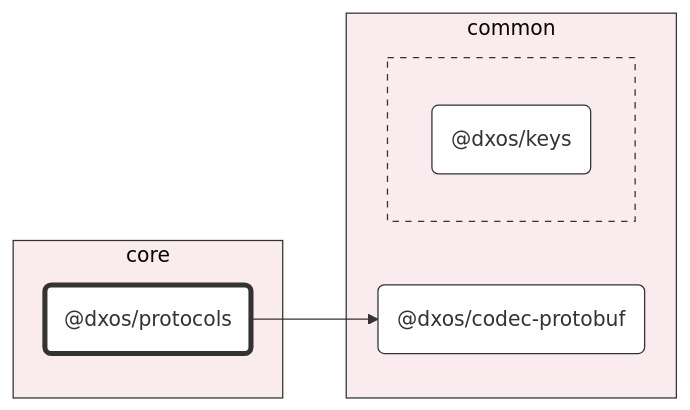
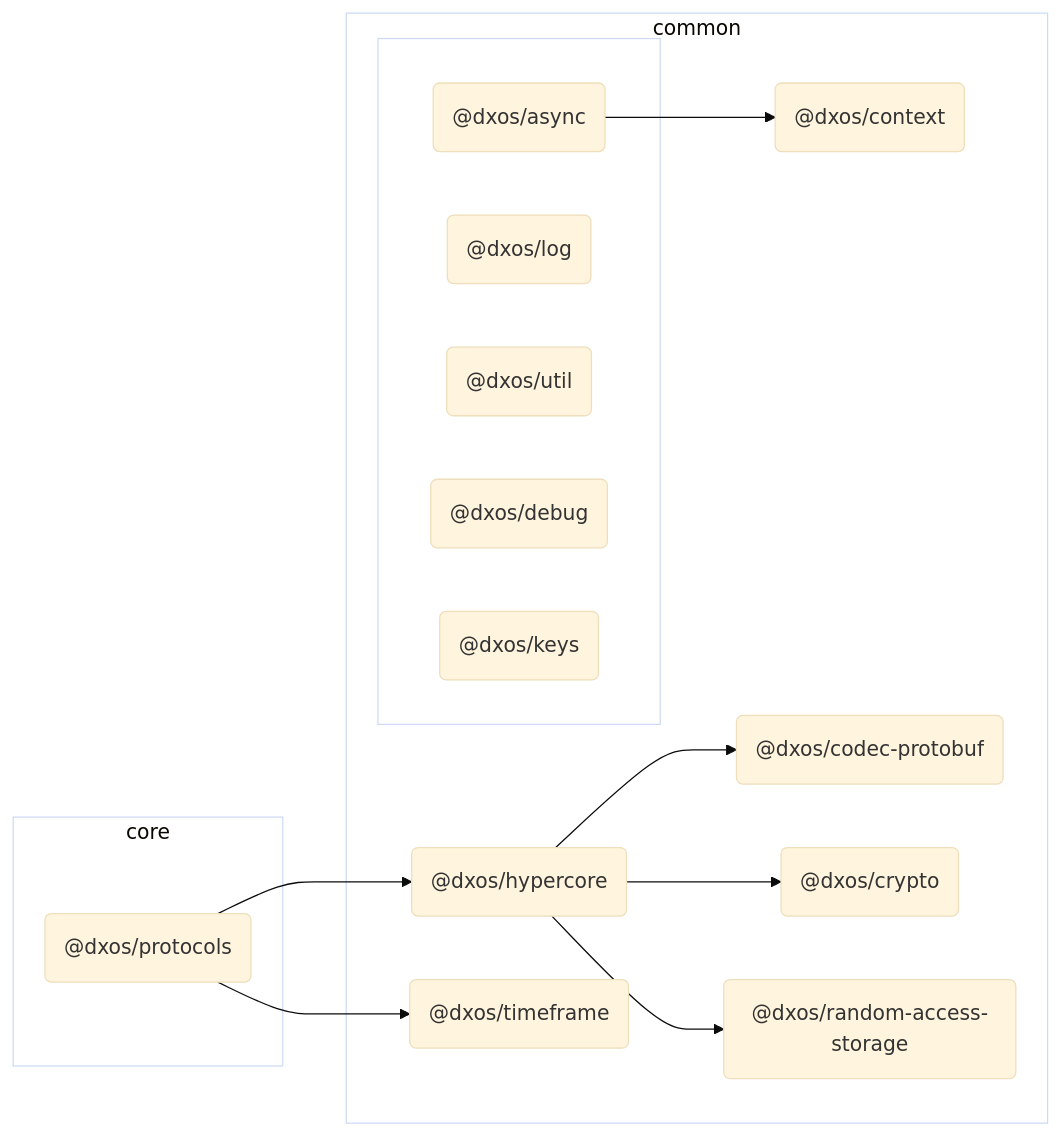
Before and after one commit to dxos/dxos: the diagram in packages/core/protocols/docs/README.md, drawn with Mermaid (base theme). The commit also changed other lines of this file and 127 other files, not shown here.

````diff
--- a/packages/core/protocols/docs/README.md
+++ b/packages/core/protocols/docs/README.md
@@ -7,33 +7,55 @@
 ```mermaid
 %%{ init: {'flowchart':{'curve':'basis'}} }%%
 
 flowchart LR
 
 %% Classes
-classDef def fill:#fff,stroke:#333,stroke-width:1px
-classDef root fill:#fff,stroke:#333,stroke-width:4px
+
+
 
 %% Nodes
 
 subgraph core [core]
-  style core fill:#faebec,stroke:#333
+  style core fill:transparent
   dxos/protocols("@dxos/protocols"):::root
   click dxos/protocols "dxos/dxos/tree/main/packages/core/protocols/docs"
 end
 
 subgraph common [common]
-  style common fill:#faebee,stroke:#333
+  style common fill:transparent
   dxos/codec-protobuf("@dxos/codec-protobuf"):::def
   click dxos/codec-protobuf "dxos/dxos/tree/main/packages/common/codec-protobuf/docs"
+  dxos/context("@dxos/context"):::def
+  click dxos/context "dxos/dxos/tree/main/packages/common/context/docs"
+  dxos/hypercore("@dxos/hypercore"):::def
+  click dxos/hypercore "dxos/dxos/tree/main/packages/common/hypercore/docs"
+  dxos/crypto("@dxos/crypto"):::def
+  click dxos/crypto "dxos/dxos/tree/main/packages/common/crypto/docs"
+  dxos/random-access-storage("@dxos/random-access-storage"):::def
+  click dxos/random-access-storage "dxos/dxos/tree/main/packages/common/random-access-storage/docs"
+  dxos/timeframe("@dxos/timeframe"):::def
+  click dxos/timeframe "dxos/dxos/tree/main/packages/common/timeframe/docs"
 
   subgraph _ [ ]
-    style _ fill:#faebee,stroke:#333,stroke-dasharray:5 5
+    style _ fill:transparent
+    dxos/async("@dxos/async"):::def
+    click dxos/async "dxos/dxos/tree/main/packages/common/async/docs"
+    dxos/log("@dxos/log"):::def
+    click dxos/log "dxos/dxos/tree/main/packages/common/log/docs"
+    dxos/util("@dxos/util"):::def
+    click dxos/util "dxos/dxos/tree/main/packages/common/util/docs"
+    dxos/debug("@dxos/debug"):::def
+    click dxos/debug "dxos/dxos/tree/main/packages/common/debug/docs"
     dxos/keys("@dxos/keys"):::def
     click dxos/keys "dxos/dxos/tree/main/packages/common/keys/docs"
   end
 end
 
 %% Links
-linkStyle default stroke:#333,stroke-width:1px
-dxos/protocols --> dxos/codec-protobuf
+dxos/async --> dxos/context
+dxos/protocols --> dxos/hypercore
+dxos/hypercore --> dxos/codec-protobuf
+dxos/hypercore --> dxos/crypto
+dxos/hypercore --> dxos/random-access-storage
+dxos/protocols --> dxos/timeframe
 ```
````
